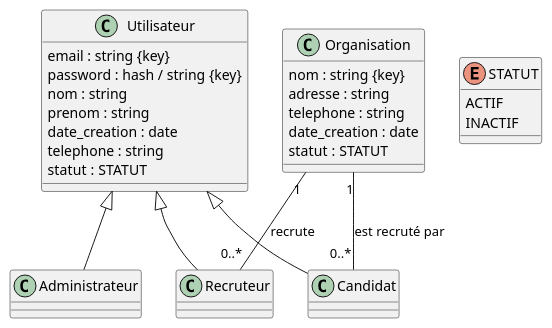
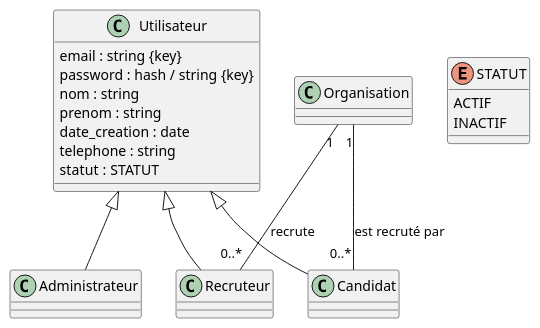
The diagram in MLD.pu (sacha-sz/UTC-SR10), drawn with PlantUML before and after one commit.

Commit message:
Clean up MLD.pu

```diff
--- a/MLD.pu
+++ b/MLD.pu
@@ -1,38 +1,33 @@
 @startuml
 
 class Utilisateur {
     email : string {key}
     password : hash / string {key}
     nom : string 
     prenom : string
     date_creation : date
     telephone : string
     statut : STATUT
 }
 
 enum STATUT {
     ACTIF
     INACTIF
 }
 
 class Administrateur {}
 class Candidat {}
 class Recruteur {}
 
 Utilisateur <|-- Administrateur
 Utilisateur <|-- Candidat
 Utilisateur <|-- Recruteur
 
 class Organisation {
-    nom : string {key}
-    adresse : string
-    telephone : string
-    date_creation : date
-    statut : STATUT
 }
 
 Organisation "1" -- "0..*" Recruteur : recrute
 Organisation "1" -- "0..*" Candidat : est recruté par
 
 
 @enduml
```
